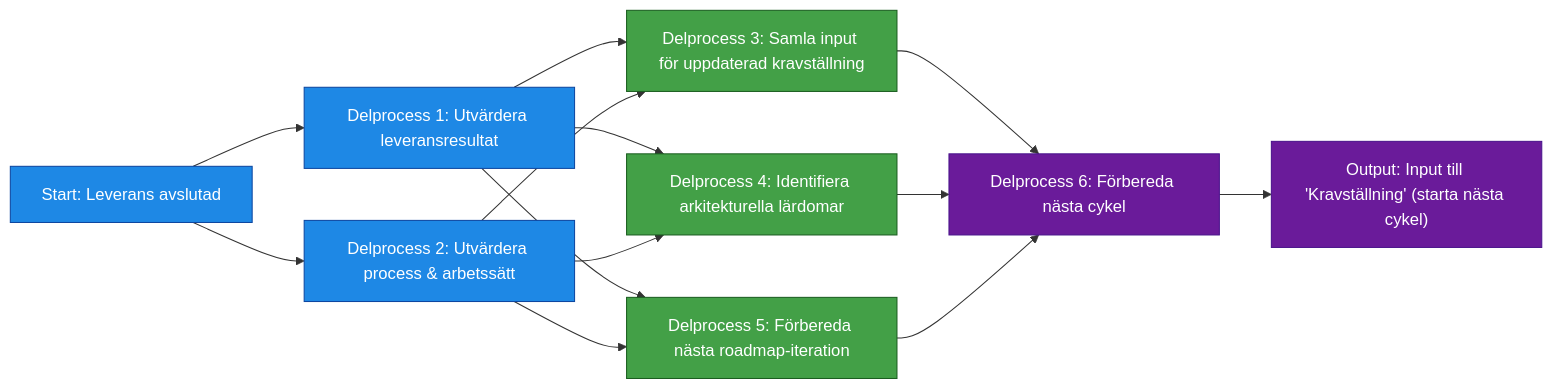
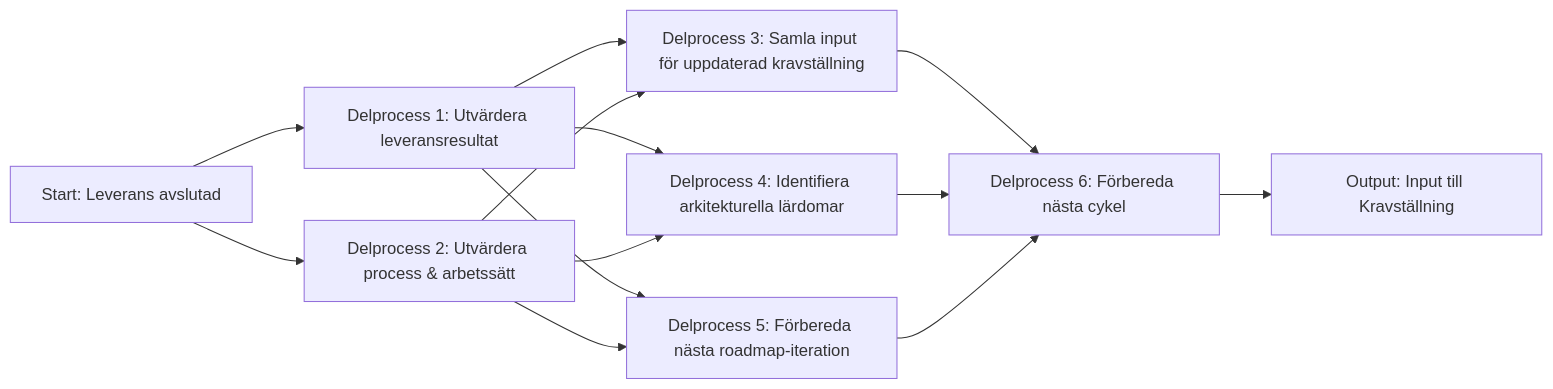
Before and after one commit to Riniga/valuestream-os: the diagram in framework/standard/processes/5. Repeat.md, drawn with Mermaid. The commit also changed other lines of this file and 83 other files, not shown here.

````diff
--- a/framework/standard/processes/5. Repeat.md
+++ b/framework/standard/processes/5. Repeat.md
@@ -11,31 +11,15 @@
 ```mermaid
 flowchart LR
-
-%% ===== SEKVENTIELL INGÅNG =====
-A0["Start: Leverans avslutad"] --> A1["Delprocess 1: Utvärdera leveransresultat"]
-A0 --> A2["Delprocess 2: Utvärdera process & arbetssätt"]
-
-%% ===== PARALLELLA FÖRBEREDELSER INFÖR NÄSTA CYKEL =====
-A1 --> B1["Delprocess 3: Samla input för uppdaterad kravställning"]
-A2 --> B1
-A1 --> B2["Delprocess 4: Identifiera arkitekturella lärdomar"]
-A2 --> B2
-A1 --> B3["Delprocess 5: Förbereda nästa roadmap‑iteration"]
-A2 --> B3
-
-%% ===== KONSOLIDERING OCH ÅTERSTART =====
-B1 --> C1["Delprocess 6: Förbereda nästa cykel"]
-B2 --> C1
-B3 --> C1
-
-C1 --> D0["Output: Input till 'Kravställning' (starta nästa cykel)"]
-
-%% ===== STYLING =====
-classDef seq fill:#1e88e5,stroke:#0d47a1,color:#fff;
-classDef par fill:#43a047,stroke:#1b5e20,color:#fff;
-classDef converge fill:#6a1b9a,stroke:#4a148c,color:#fff;
-
-class A0,A1,A2 seq;
-class B1,B2,B3 par;
-class C1,D0 converge;
+    A0["Start: Leverans avslutad"] --> A1["Delprocess 1: Utvärdera leveransresultat"]
+    A0 --> A2["Delprocess 2: Utvärdera process & arbetssätt"]
+    A1 --> B1["Delprocess 3: Samla input för uppdaterad kravställning"]
+    A2 --> B1
+    A1 --> B2["Delprocess 4: Identifiera arkitekturella lärdomar"]
+    A2 --> B2
+    A1 --> B3["Delprocess 5: Förbereda nästa roadmap-iteration"]
+    A2 --> B3
+    B1 --> C1["Delprocess 6: Förbereda nästa cykel"]
+    B2 --> C1
+    B3 --> C1
+    C1 --> D0["Output: Input till Kravställning"]
 ```
````
